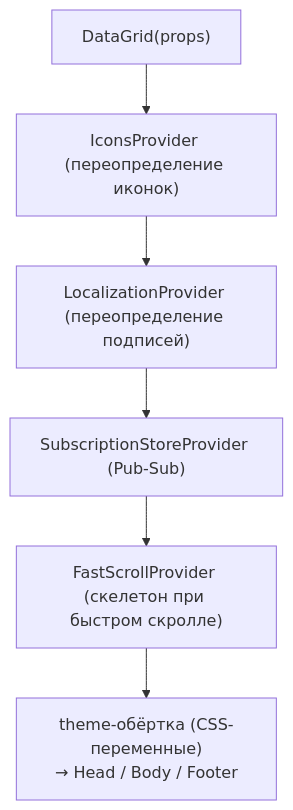
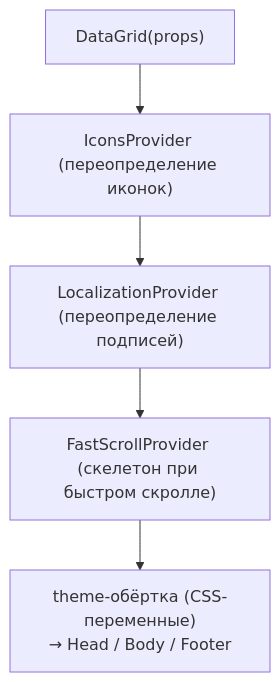
One commit to tessera-grid/tessera changed the first of 3 diagrams in docs/architecture/rendering.md. Above: the diagram before and after it, drawn with Mermaid. The commit also changed other lines of this file and 9 other files, not shown here.

````diff
--- a/docs/architecture/rendering.md
+++ b/docs/architecture/rendering.md
@@ -17,10 +17,9 @@
 ```mermaid
 flowchart TB
     DG["DataGrid(props)"]
     IP["IconsProvider (переопределение иконок)"]
     LP["LocalizationProvider (переопределение подписей)"]
-    SSP["SubscriptionStoreProvider (Pub-Sub)"]
     FSP["FastScrollProvider (скелетон при быстром скролле)"]
     TREE["theme-обёртка (CSS-переменные)<br/>→ Head / Body / Footer"]
-    DG --> IP --> LP --> SSP --> FSP --> TREE
+    DG --> IP --> LP --> FSP --> TREE
 ```
````
